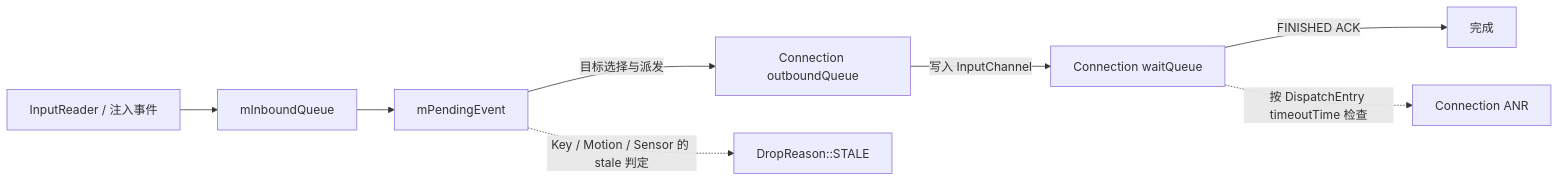
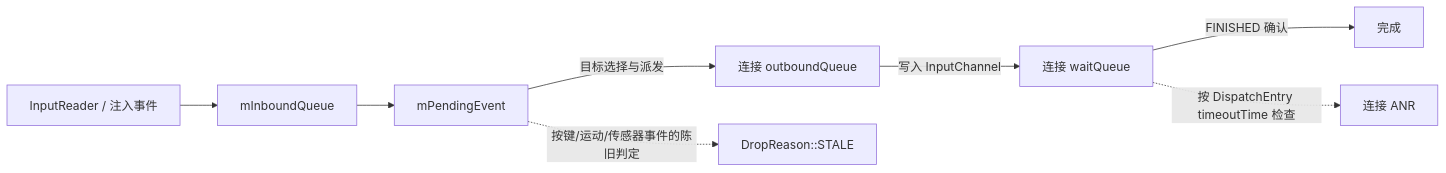
The diagram in src/part1-fundamentals/ch03-input/10-inputdispatcher-stale-event.md (Gracker/android-internals-wiki), drawn with Mermaid before and after one commit. The commit also changed other lines of this file and 4 other files, not shown here.

````diff
--- a/src/part1-fundamentals/ch03-input/10-inputdispatcher-stale-event.md
+++ b/src/part1-fundamentals/ch03-input/10-inputdispatcher-stale-event.md
@@ -51,11 +51,11 @@
 ```mermaid
 flowchart LR
     SRC["InputReader / 注入事件"] --> IQ["mInboundQueue"]
     IQ --> PE["mPendingEvent"]
-    PE -->|"目标选择与派发"| OQ["Connection outboundQueue"]
-    OQ -->|"写入 InputChannel"| WQ["Connection waitQueue"]
-    WQ -->|"FINISHED ACK"| DONE["完成"]
+    PE -->|"目标选择与派发"| OQ["连接 outboundQueue"]
+    OQ -->|"写入 InputChannel"| WQ["连接 waitQueue"]
+    WQ -->|"FINISHED 确认"| DONE["完成"]
 
-    PE -. "Key / Motion / Sensor 的 stale 判定" .-> STALE["DropReason::STALE"]
-    WQ -. "按 DispatchEntry timeoutTime 检查" .-> ANR["Connection ANR"]
+    PE -. "按键/运动/传感器事件的陈旧判定" .-> STALE["DropReason::STALE"]
+    WQ -. "按 DispatchEntry timeoutTime 检查" .-> ANR["连接 ANR"]
 ```
````
